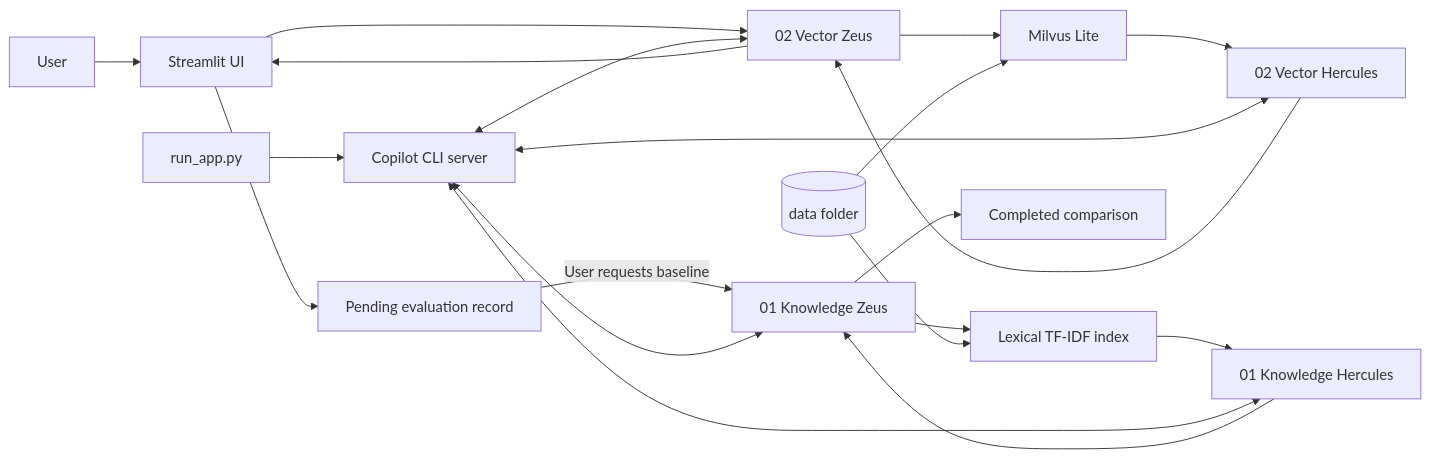
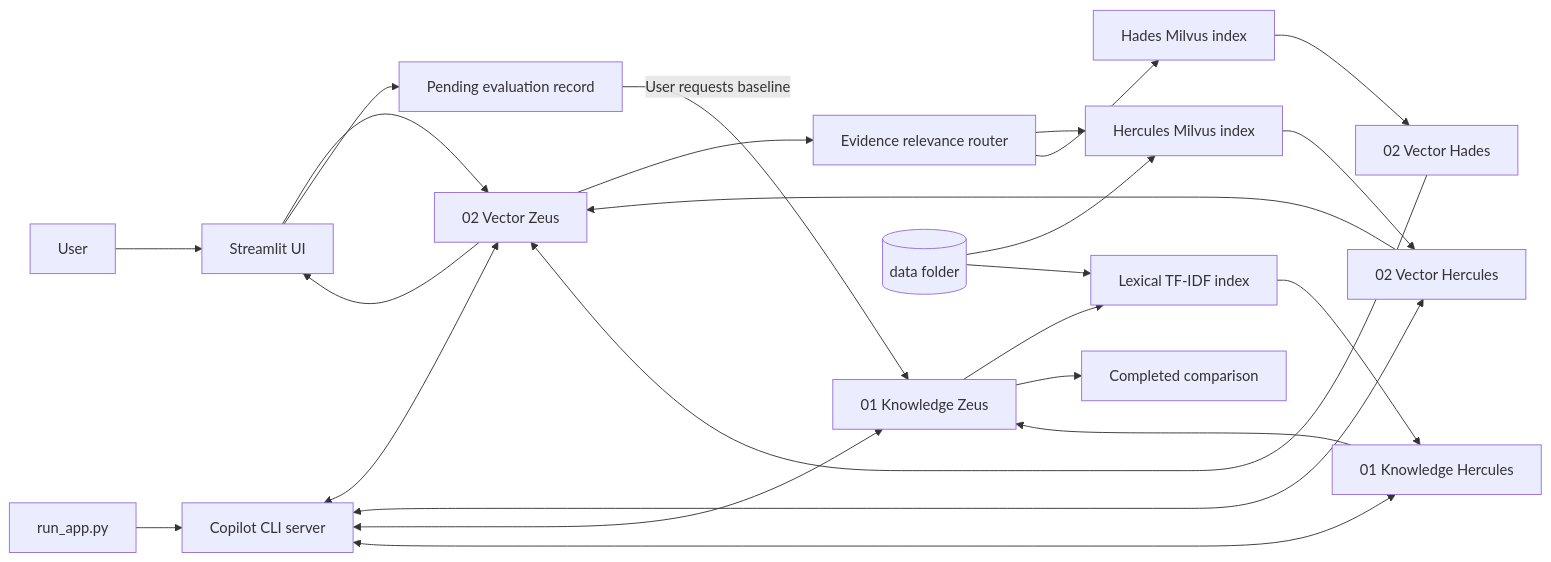
One commit to vsayala/agentic_ai_olympus changed the first of 2 diagrams in README.md. Above: the diagram before and after it, drawn with Mermaid. The commit also changed other lines of this file and 43 other files, not shown here.

````diff
--- a/README.md
+++ b/README.md
@@ -38,22 +47,26 @@
 ```mermaid
 flowchart LR
     U[User] --> UI[Streamlit UI]
    UI --> VZ[02 Vector Zeus]
-   VZ --> V[Milvus Lite]
+   VZ --> RTE[Evidence relevance router]
+   RTE --> V[Hercules Milvus index]
+   RTE --> H[Hades Milvus index]
    V --> VH[02 Vector Hercules]
+   H --> HD[02 Vector Hades]
    VH --> VZ
+   HD --> VZ
    VZ --> UI
    UI --> R[Pending evaluation record]
    R -->|User requests baseline| KZ[01 Knowledge Zeus]
    KZ --> K[Lexical TF-IDF index]
    K --> KH[01 Knowledge Hercules]
    KH --> KZ
    KZ --> E[Completed comparison]
    D[(data folder)] --> V
    D --> K
    L[run_app.py] --> CLI[Copilot CLI server]
    CLI <--> VZ
    CLI <--> VH
    CLI <--> KZ
    CLI <--> KH
 ```
````
